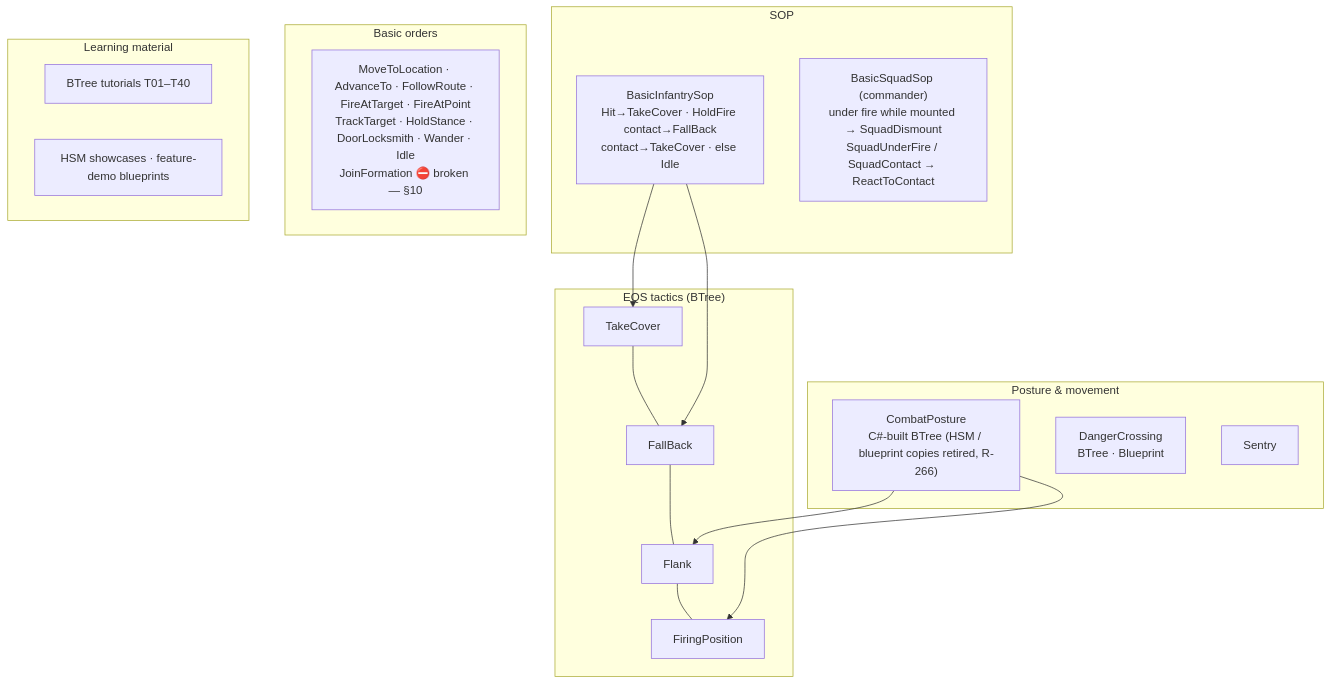
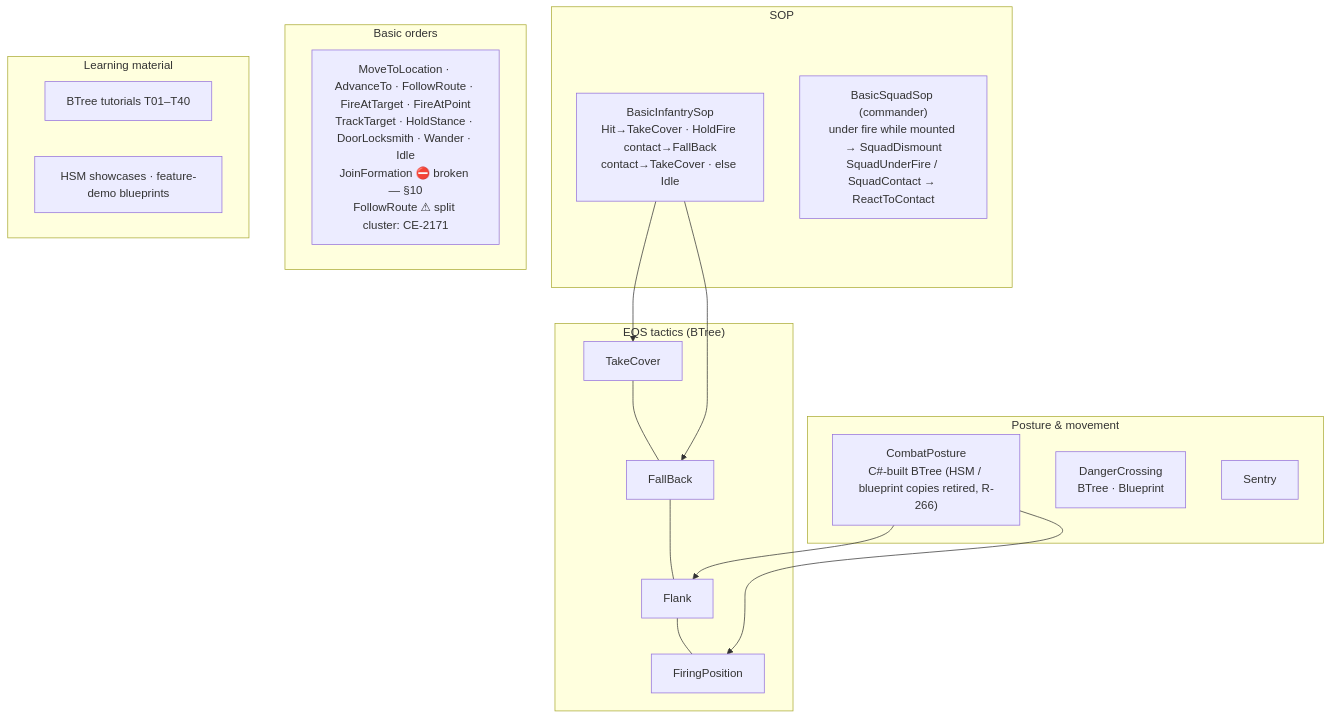
Before and after one commit to pjanec/HROT: the sixth of 10 diagrams in docs/OVERVIEW_Behaviour_Building_Blocks.md, drawn with Mermaid. The commit also changed other lines of this file and 18 other files, not shown here.

````diff
--- a/docs/OVERVIEW_Behaviour_Building_Blocks.md
+++ b/docs/OVERVIEW_Behaviour_Building_Blocks.md
@@ -202,26 +202,26 @@
 ```mermaid
 graph TD
   subgraph TAC["EQS tactics (BTree)"]
     a1["TakeCover"] --- a2["FallBack"] --- a3["Flank"] --- a4["FiringPosition"]
   end
   subgraph POS["Posture & movement"]
     b1["CombatPosture<br/>C#-built BTree (HSM / blueprint copies retired, R-266)"]
     b2["DangerCrossing<br/>BTree · Blueprint"]
     b3["Sentry"]
   end
   subgraph SOPB["SOP"]
     c1["BasicInfantrySop<br/>Hit→TakeCover · HoldFire contact→FallBack<br/>contact→TakeCover · else Idle"]
     c2["BasicSquadSop (commander)<br/>under fire while mounted → SquadDismount<br/>SquadUnderFire / SquadContact → ReactToContact"]
   end
   subgraph BASIC["Basic orders"]
-    d1["MoveToLocation · AdvanceTo · FollowRoute · FireAtTarget · FireAtPoint<br/>TrackTarget · HoldStance · DoorLocksmith · Wander · Idle<br/>JoinFormation ⛔ broken — §10"]
+    d1["MoveToLocation · AdvanceTo · FollowRoute · FireAtTarget · FireAtPoint<br/>TrackTarget · HoldStance · DoorLocksmith · Wander · Idle<br/>JoinFormation ⛔ broken — §10<br/>FollowRoute ⚠ split cluster: CE-2171"]
   end
   subgraph LEARN["Learning material"]
     e1["BTree tutorials T01–T40"]
     e2["HSM showcases · feature-demo blueprints"]
   end
   c1 --> a1
   c1 --> a2
   b1 --> a3
   b1 --> a4
 ```
````
